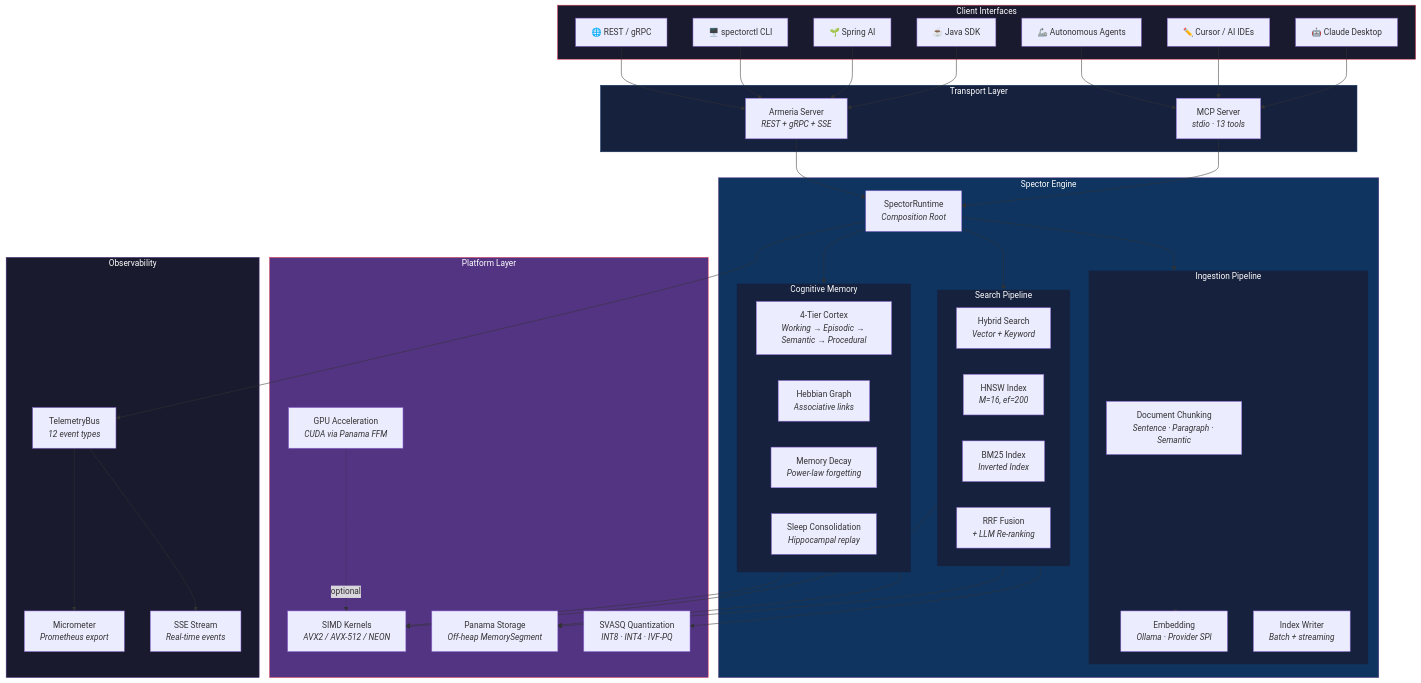
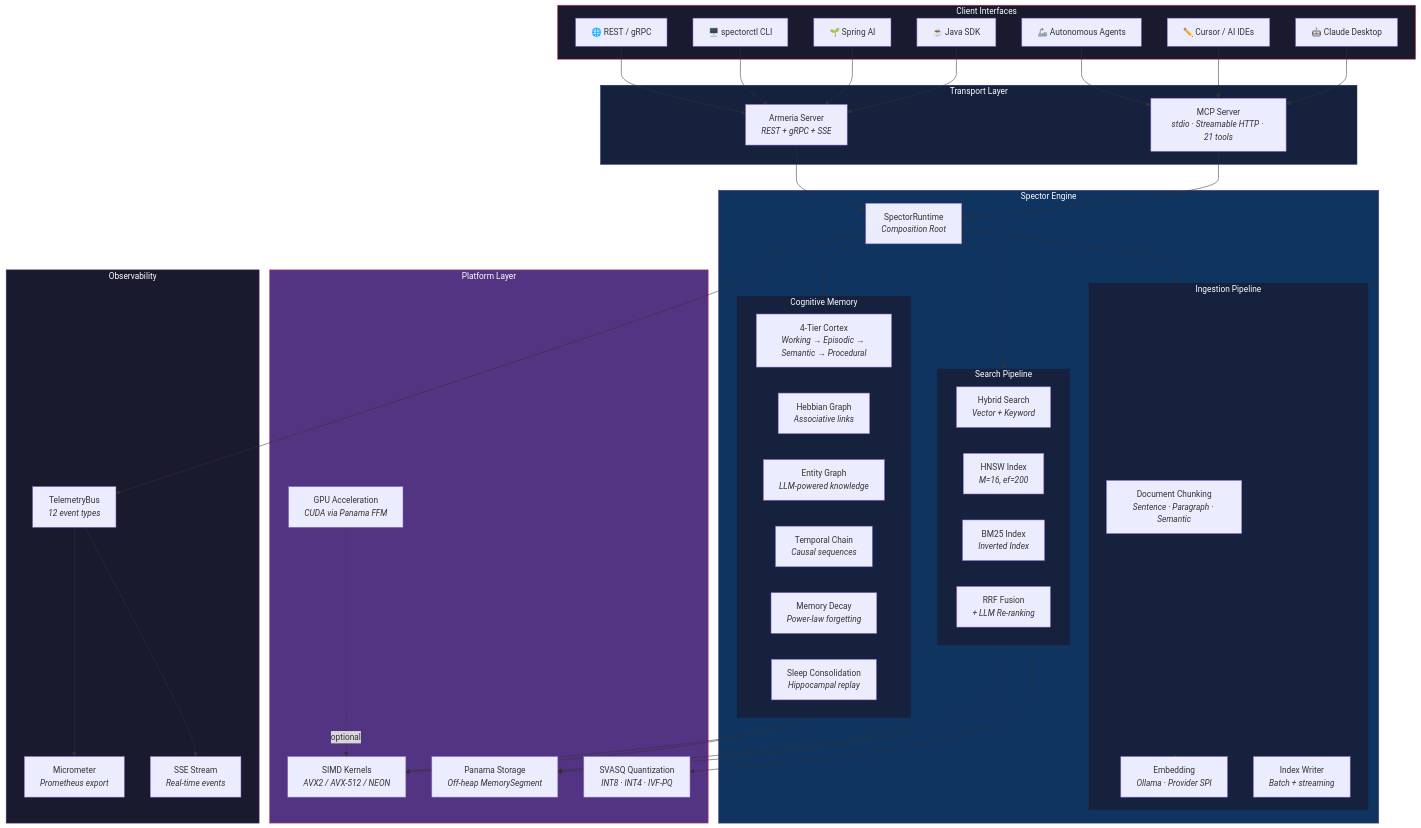
One commit to spectrayan/spector changed the first of 5 diagrams in README.md. Above: the diagram before and after it, drawn with Mermaid. The commit also changed other lines of this file and 38 other files, not shown here.

First line of the commit message:
docs(memory): replace implementation details with functional diagrams and product-focused content (#33)

````diff
--- a/README.md
+++ b/README.md
@@ -26,80 +26,82 @@
 ```mermaid
 graph TB
     subgraph Clients["Client Interfaces"]
         claude["🤖 Claude Desktop"]
         cursor["✏️ Cursor / AI IDEs"]
         agents["🦾 Autonomous Agents"]
         sdk["☕ Java SDK"]
         spring["🌱 Spring AI"]
         cli["🖥️ spectorctl CLI"]
         rest["🌐 REST / gRPC"]
     end
 
     subgraph Transport["Transport Layer"]
-        mcp["MCP Server<br/><i>stdio · 13 tools</i>"]
+        mcp["MCP Server<br/><i>stdio · Streamable HTTP · 21 tools</i>"]
         armeria["Armeria Server<br/><i>REST + gRPC + SSE</i>"]
     end
 
     subgraph Core["Spector Engine"]
         runtime["SpectorRuntime<br/><i>Composition Root</i>"]
 
         subgraph Search["Search Pipeline"]
             hybrid["Hybrid Search<br/><i>Vector + Keyword</i>"]
             hnsw["HNSW Index<br/><i>M=16, ef=200</i>"]
             bm25["BM25 Index<br/><i>Inverted Index</i>"]
             rrf["RRF Fusion<br/><i>+ LLM Re-ranking</i>"]
         end
 
         subgraph Memory["Cognitive Memory"]
             cortex["4-Tier Cortex<br/><i>Working → Episodic → Semantic → Procedural</i>"]
             hebbian["Hebbian Graph<br/><i>Associative links</i>"]
+            entity_graph["Entity Graph<br/><i>LLM-powered knowledge</i>"]
+            temporal["Temporal Chain<br/><i>Causal sequences</i>"]
             decay["Memory Decay<br/><i>Power-law forgetting</i>"]
             consolidation["Sleep Consolidation<br/><i>Hippocampal replay</i>"]
         end
 
         subgraph Ingestion["Ingestion Pipeline"]
             chunking["Document Chunking<br/><i>Sentence · Paragraph · Semantic</i>"]
             embedding["Embedding<br/><i>Ollama · Provider SPI</i>"]
             indexing["Index Writer<br/><i>Batch + streaming</i>"]
         end
     end
 
     subgraph Platform["Platform Layer"]
         simd["SIMD Kernels<br/><i>AVX2 / AVX-512 / NEON</i>"]
         panama["Panama Storage<br/><i>Off-heap MemorySegment</i>"]
         quant["SVASQ Quantization<br/><i>INT8 · INT4 · IVF-PQ</i>"]
         gpu["GPU Acceleration<br/><i>CUDA via Panama FFM</i>"]
     end
 
     subgraph Observe["Observability"]
         events["TelemetryBus<br/><i>12 event types</i>"]
         metrics["Micrometer<br/><i>Prometheus export</i>"]
         sse["SSE Stream<br/><i>Real-time events</i>"]
     end
 
     claude & cursor & agents --> mcp
     sdk & spring & cli & rest --> armeria
     mcp & armeria --> runtime
 
     runtime --> Search
     runtime --> Memory
     runtime --> Ingestion
 
     Search --> simd & panama & quant
     Memory --> simd & panama
     Ingestion --> embedding
 
     runtime --> events
     events --> metrics & sse
 
     gpu -.->|optional| simd
 
     style Clients fill:#1a1a2e,stroke:#e94560,color:#fff
     style Transport fill:#16213e,stroke:#0f3460,color:#fff
     style Core fill:#0f3460,stroke:#533483,color:#fff
     style Platform fill:#533483,stroke:#e94560,color:#fff
     style Observe fill:#1a1a2e,stroke:#533483,color:#fff
     style Search fill:#16213e,stroke:#0f3460,color:#fff
     style Memory fill:#16213e,stroke:#0f3460,color:#fff
     style Ingestion fill:#16213e,stroke:#0f3460,color:#fff
 ```
````
